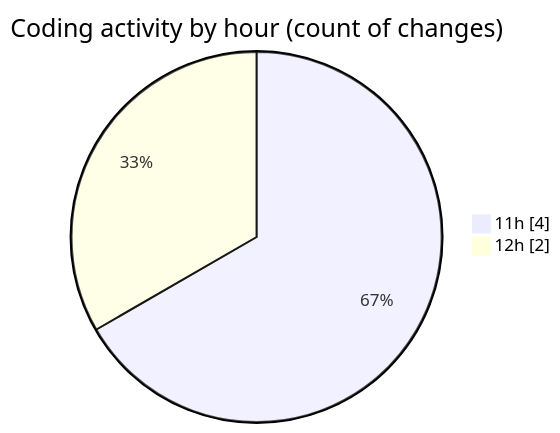
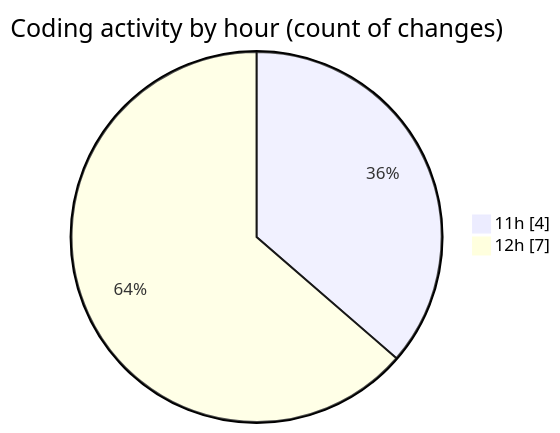
One commit to LanceThiago/code-tracking changed the second of 2 diagrams in 2025-01-22/includes/README.md. Above: the diagram before and after it, drawn with Mermaid. The commit also changed other lines of this file and 1 other file, not shown here.

````diff
--- a/2025-01-22/includes/README.md
+++ b/2025-01-22/includes/README.md
@@ -28,6 +28,6 @@
 ```mermaid
 pie showData
 title Coding activity by hour (count of changes)
 "11h" : 4
-"12h" : 2
+"12h" : 7
 ```
````
